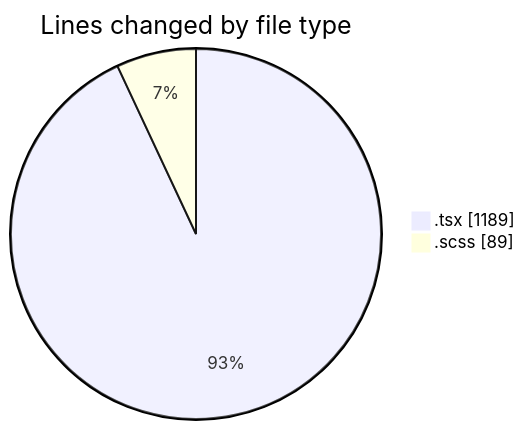
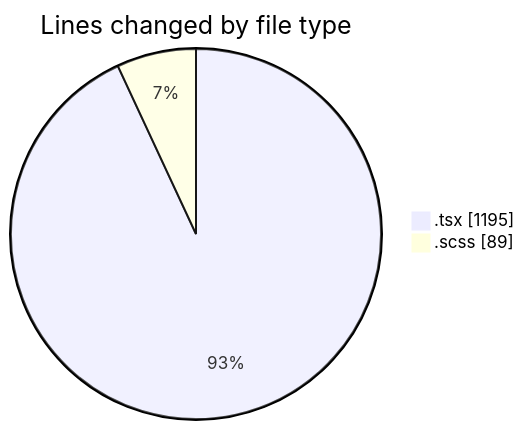
The first of 2 diagrams in 2025-06-17/cda/README.md (momahboobian/code-tracking), drawn with Mermaid before and after one commit. The commit also changed other lines of this file and 1 other file, not shown here.

````diff
--- a/2025-06-17/cda/README.md
+++ b/2025-06-17/cda/README.md
@@ -23,6 +23,6 @@
 ```mermaid
 pie showData
 title Lines changed by file type
-".tsx" : 1189
+".tsx" : 1195
 ".scss" : 89
 ```
````
